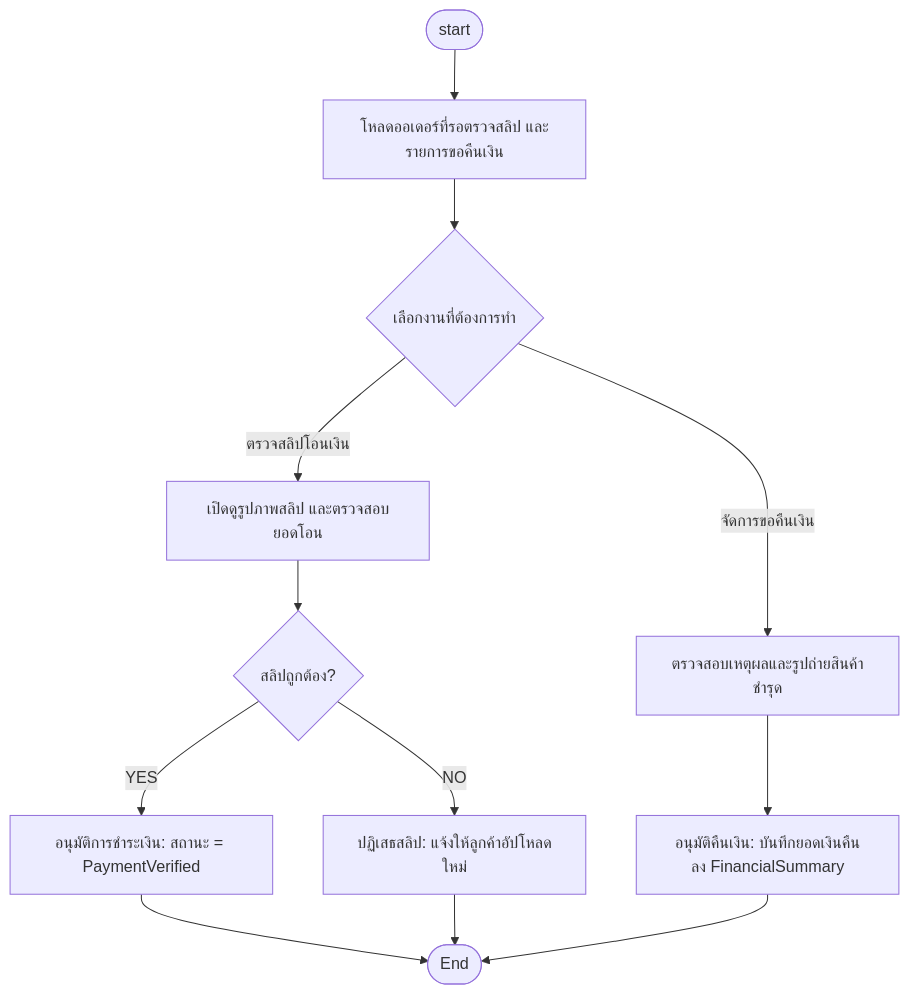
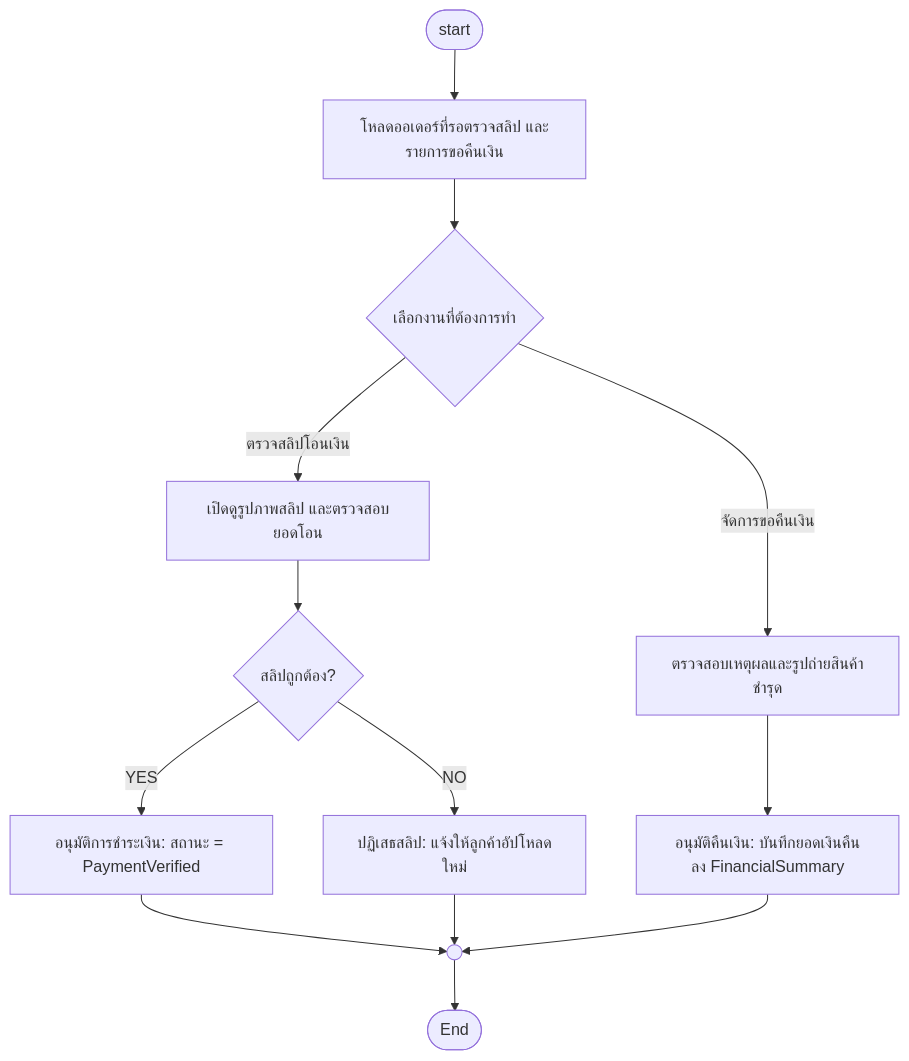
Before and after one commit to doraemon-kub/CSI402_Project-final: diagram 17 of 18 in README.md, drawn with Mermaid. The commit also changed other lines of this file, not shown here.

Commit message:
docs: add ANSI standard on-page connector symbols (( )) to loop-back and junction flowcharts

````diff
--- a/README.md
+++ b/README.md
@@ -387,17 +407,18 @@
 ```mermaid
 flowchart TD
     Start([start]) --> LoadUnverifiedOrders[โหลดออเดอร์ที่รอตรวจสลิป และรายการขอคืนเงิน]
     LoadUnverifiedOrders --> SelectTask{เลือกงานที่ต้องการทำ}
     
     SelectTask -- ตรวจสลิปโอนเงิน --> CheckSlipImage[เปิดดูรูปภาพสลิป และตรวจสอบยอดโอน]
     CheckSlipImage --> IsSlipValid{สลิปถูกต้อง?}
     IsSlipValid -- YES --> ApprovePay[อนุมัติการชำระเงิน: สถานะ = PaymentVerified]
     IsSlipValid -- NO --> RejectPay[ปฏิเสธสลิป: แจ้งให้ลูกค้าอัปโหลดใหม่]
     
     SelectTask -- จัดการขอคืนเงิน --> CheckRefundProof[ตรวจสอบเหตุผลและรูปถ่ายสินค้าชำรุด]
     CheckRefundProof --> ApproveRefund[อนุมัติคืนเงิน: บันทึกยอดเงินคืนลง FinancialSummary]
     
-    ApprovePay --> End([End])
-    RejectPay --> End
-    ApproveRefund --> End
+    ApprovePay --> ConnAccDone(( ))
+    RejectPay --> ConnAccDone
+    ApproveRefund --> ConnAccDone
+    ConnAccDone --> End([End])
 ```
````
